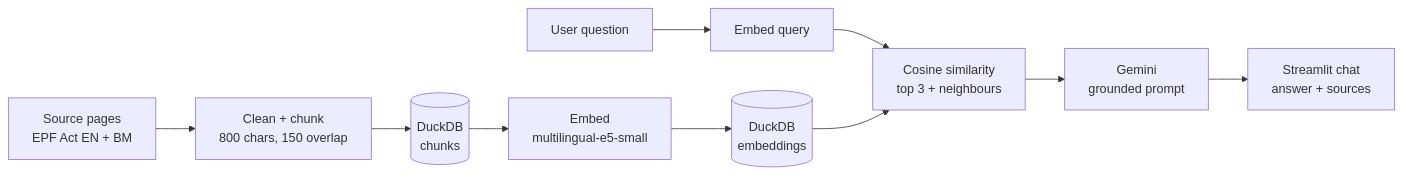
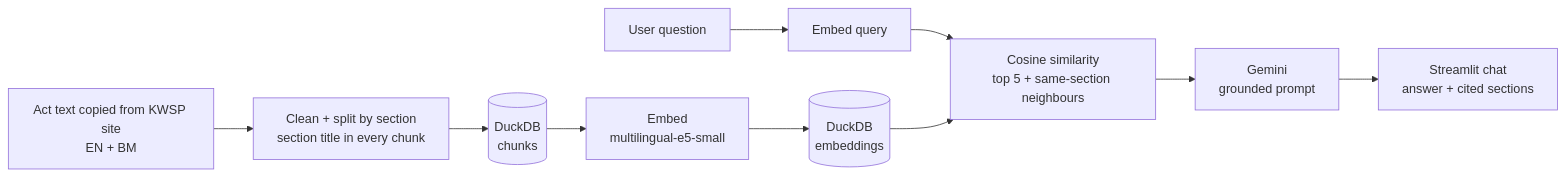
The diagram in README.md (noramaninaabiden/KWSPChatbotRAG), drawn with Mermaid before and after one commit. The commit also changed other lines of this file and 20 other files, not shown here.

````diff
--- a/README.md
+++ b/README.md
@@ -18,12 +18,12 @@
 ```mermaid
 flowchart LR
-    A[Source pages<br/>EPF Act EN + BM] --> B[Clean + chunk<br/>800 chars, 150 overlap]
+    A[Act text copied from KWSP site<br/>EN + BM] --> B[Clean + split by section<br/>section title in every chunk]
     B --> C[(DuckDB<br/>chunks)]
     C --> D[Embed<br/>multilingual-e5-small]
     D --> E[(DuckDB<br/>embeddings)]
     F[User question] --> G[Embed query]
-    G --> H[Cosine similarity<br/>top 3 + neighbours]
+    G --> H[Cosine similarity<br/>top 5 + same-section neighbours]
     E --> H
     H --> I[Gemini<br/>grounded prompt]
-    I --> J[Streamlit chat<br/>answer + sources]
+    I --> J[Streamlit chat<br/>answer + cited sections]
 ```
````
